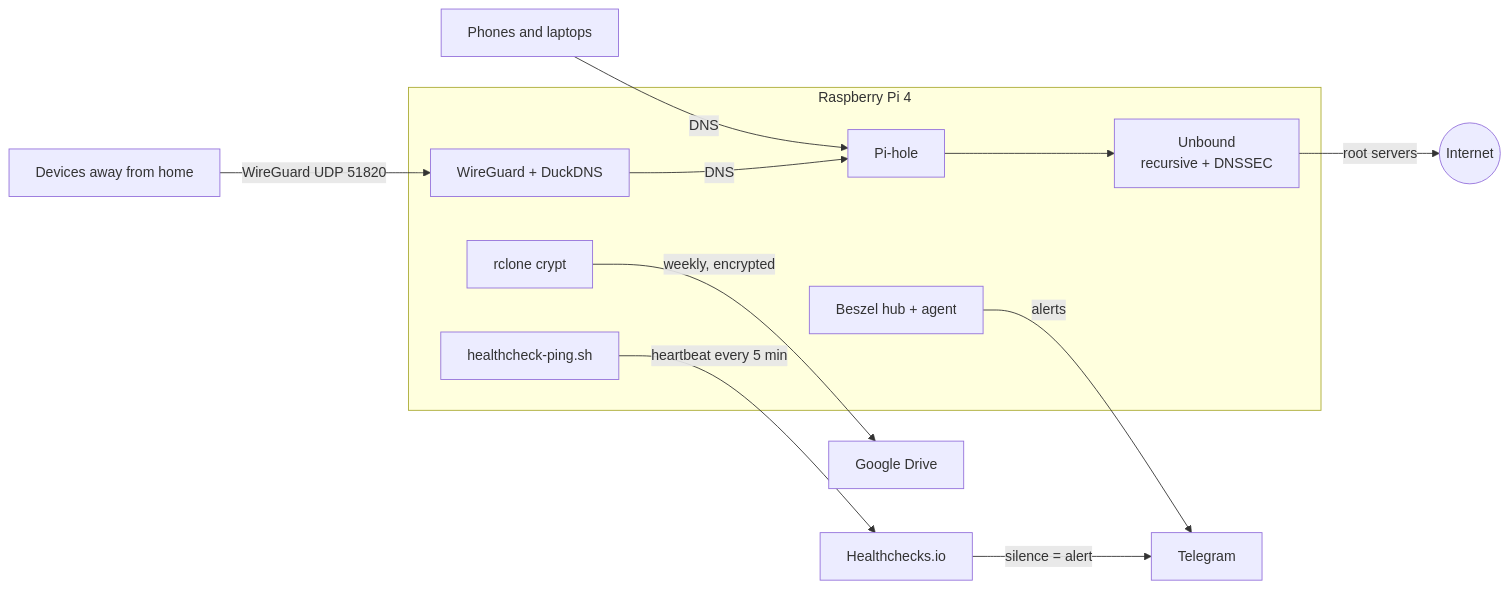
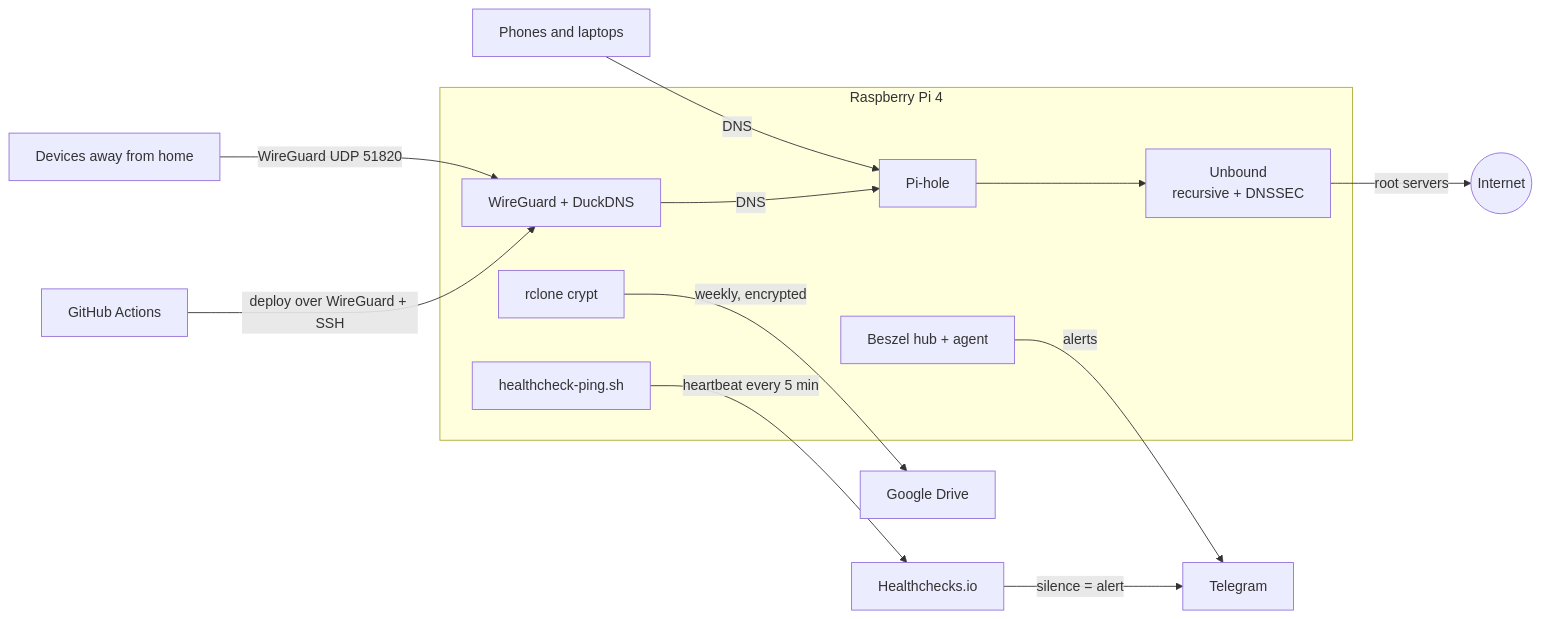
One commit to thomazcampos07/homelab changed the diagram in README.md. Above: the diagram before and after it, drawn with Mermaid. The commit also changed other lines of this file and 15 other files, not shown here.

First line of the commit message:
Adiciona esteira de CI/CD com deploy no Pi via WireGuard

````diff
--- a/README.md
+++ b/README.md
@@ -11,16 +11,17 @@
 ```mermaid
 flowchart LR
   clients[Phones and laptops] -->|DNS| pihole
   remote[Devices away from home] -->|WireGuard UDP 51820| wg
   subgraph pi[Raspberry Pi 4]
     wg[WireGuard + DuckDNS] -->|DNS| pihole[Pi-hole]
     pihole --> unbound[Unbound<br/>recursive + DNSSEC]
     beszel[Beszel hub + agent]
     backup[rclone crypt]
     ping[healthcheck-ping.sh]
   end
   unbound -->|root servers| internet((Internet))
   beszel -->|alerts| telegram[Telegram]
   ping -->|heartbeat every 5 min| hc[Healthchecks.io] -->|silence = alert| telegram
   backup -->|weekly, encrypted| drive[Google Drive]
+  gha[GitHub Actions] -->|deploy over WireGuard + SSH| wg
 ```
````
